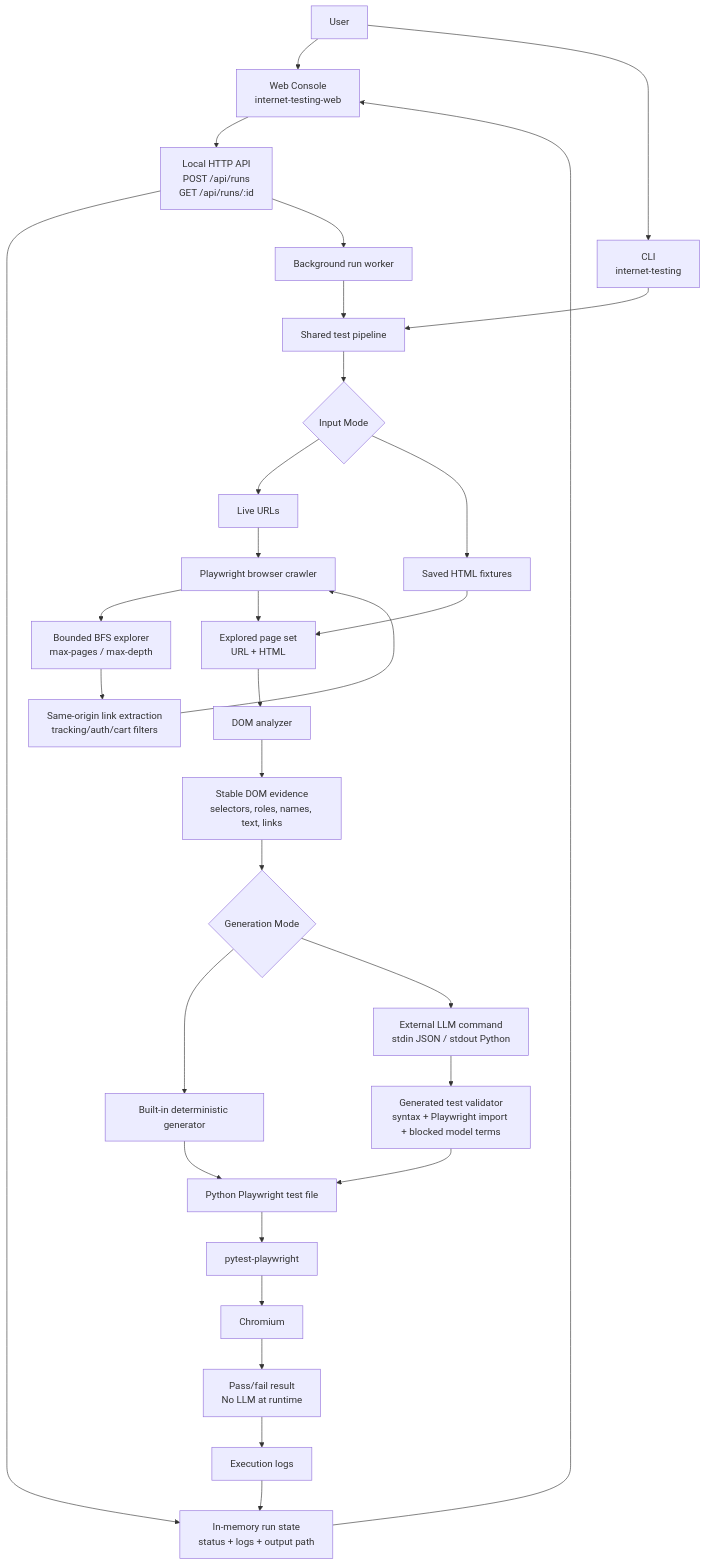
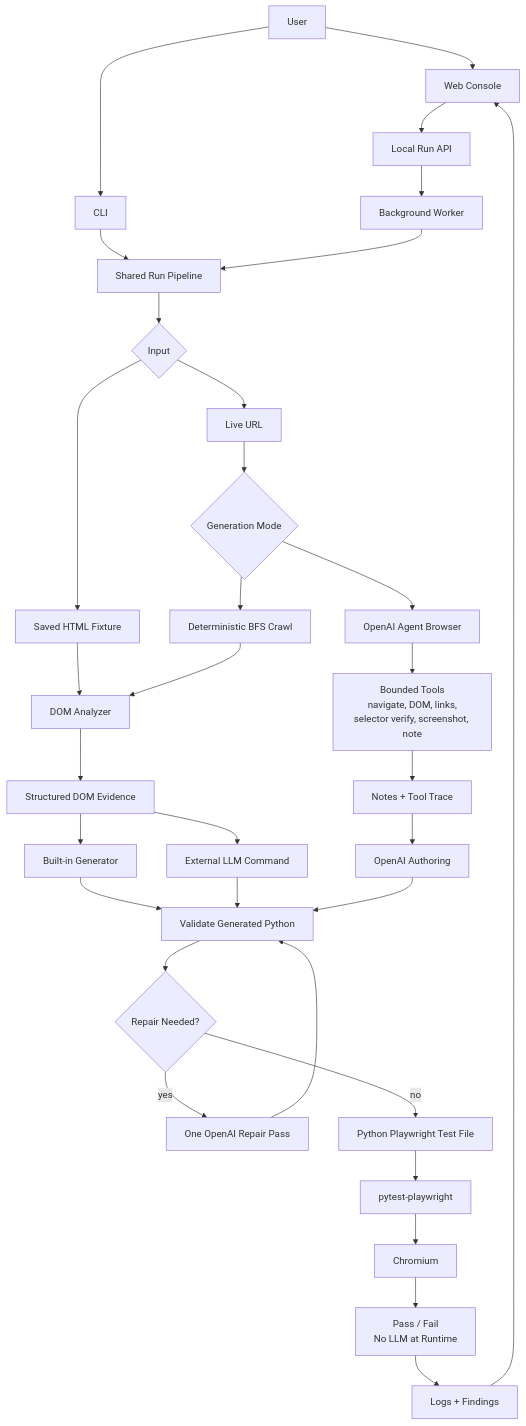
One commit to garfield-oo7/internet_testing changed the diagram in docs/architecture.md. Above: the diagram before and after it, drawn with Mermaid. The commit also changed other lines of this file and 2 other files, not shown here.

Commit message:
Refresh documentation and architecture diagram

````diff
--- a/docs/architecture.md
+++ b/docs/architecture.md
@@ -25,41 +29,44 @@
 ```mermaid
 flowchart TD
-    User["User"] --> WebUI["Web Console\ninternet-testing-web"]
-    User --> CLI["CLI\ninternet-testing"]
+    User["User"] --> UI["Web Console"]
+    User --> CLI["CLI"]
 
-    WebUI --> WebAPI["Local HTTP API\nPOST /api/runs\nGET /api/runs/:id"]
-    WebAPI --> RunState["In-memory run state\nstatus + logs + output path"]
-    WebAPI --> Worker["Background run worker"]
-    Worker --> Pipeline["Shared test pipeline"]
-    CLI --> Pipeline
+    UI --> API["Local Run API"]
+    API --> Worker["Background Worker"]
+    CLI --> Pipeline["Shared Run Pipeline"]
+    Worker --> Pipeline
 
-    Pipeline --> Inputs{"Input Mode"}
-    Inputs --> LiveURL["Live URLs"]
-    Inputs --> Fixtures["Saved HTML fixtures"]
+    Pipeline --> Input{"Input"}
+    Input --> URL["Live URL"]
+    Input --> HTML["Saved HTML Fixture"]
 
-    LiveURL --> PlaywrightCrawler["Playwright browser crawler"]
-    PlaywrightCrawler --> Explorer["Bounded BFS explorer\nmax-pages / max-depth"]
-    Explorer --> LinkFilter["Same-origin link extraction\ntracking/auth/cart filters"]
-    LinkFilter --> PlaywrightCrawler
+    URL --> Mode{"Generation Mode"}
+    HTML --> Analyzer["DOM Analyzer"]
 
-    Fixtures --> PageSet["Explored page set\nURL + HTML"]
-    PlaywrightCrawler --> PageSet
+    Mode --> Crawl["Deterministic BFS Crawl"]
+    Crawl --> Analyzer
 
-    PageSet --> Analyzer["DOM analyzer"]
-    Analyzer --> Evidence["Stable DOM evidence\nselectors, roles, names, text, links"]
+    Mode --> Agent["OpenAI Agent Browser"]
+    Agent --> Tools["Bounded Tools\nnavigate, DOM, links,\nselector verify, screenshot, note"]
+    Tools --> Notes["Notes + Tool Trace"]
 
-    Evidence --> GenerationMode{"Generation Mode"}
-    GenerationMode --> Deterministic["Built-in deterministic generator"]
-    GenerationMode --> LLMCommand["External LLM command\nstdin JSON / stdout Python"]
+    Analyzer --> Evidence["Structured DOM Evidence"]
+    Evidence --> BuiltIn["Built-in Generator"]
+    Evidence --> Command["External LLM Command"]
 
-    LLMCommand --> Validator["Generated test validator\nsyntax + Playwright import + blocked model terms"]
-    Deterministic --> TestFile["Python Playwright test file"]
-    Validator --> TestFile
+    Notes --> Author["OpenAI Authoring"]
+    BuiltIn --> Validate["Validate Generated Python"]
+    Command --> Validate
+    Author --> Validate
+
+    Validate --> Repair{"Repair Needed?"}
+    Repair -->|yes| RepairPass["One OpenAI Repair Pass"]
+    RepairPass --> Validate
+    Repair -->|no| TestFile["Python Playwright Test File"]
 
     TestFile --> Pytest["pytest-playwright"]
-    Pytest --> Browser["Chromium"]
-    Browser --> Result["Pass/fail result\nNo LLM at runtime"]
-    Result --> Logs["Execution logs"]
-    Logs --> RunState
-    RunState --> WebUI
+    Pytest --> Chromium["Chromium"]
+    Chromium --> Result["Pass / Fail\nNo LLM at Runtime"]
+    Result --> Logs["Logs + Findings"]
+    Logs --> UI
 ```
````
